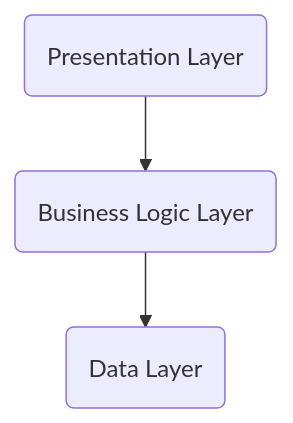
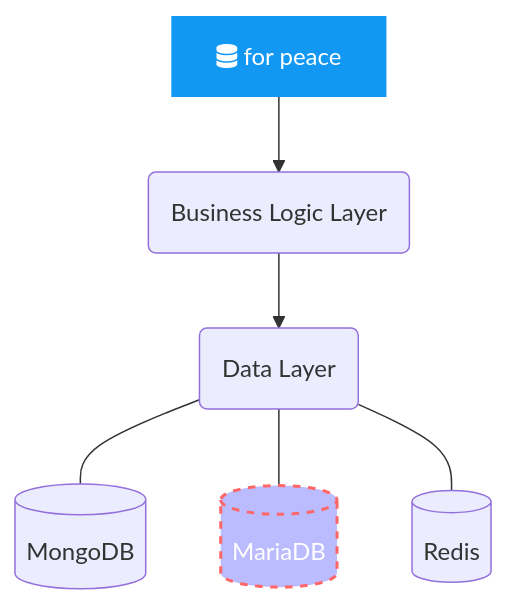
The first of 2 diagrams in README.MD (ukritfongsomboon/Hexagonal), drawn with Mermaid before and after one commit.

````diff
--- a/README.MD
+++ b/README.MD
@@ -15,5 +15,13 @@
 ```mermaid
 flowchart TB
 A(Presentation Layer) --> B(Business Logic Layer)
+A["fa:fa-database for peace"]
 B --> C(Data Layer)
+C --- id1[(MongoDB)]
+C --- id2[(MariaDB)]
+C --- id3[(Redis)]
+
+style A fill:#1297f3,stroke-width:0px,color:#fff 
+style id2 fill:#bbf,stroke:#f66,stroke-width:2px,color:#fff,stroke-dasharray: 5 5
+style id2 fill:#bbf,stroke:#f66,stroke-width:2px,color:#fff,stroke-dasharray: 5 5
 ```
````
